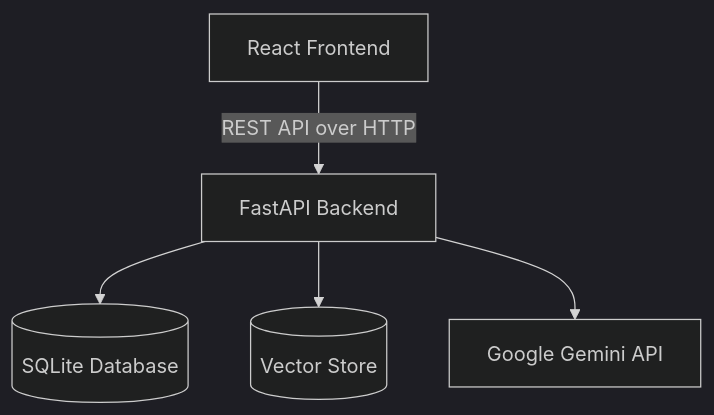
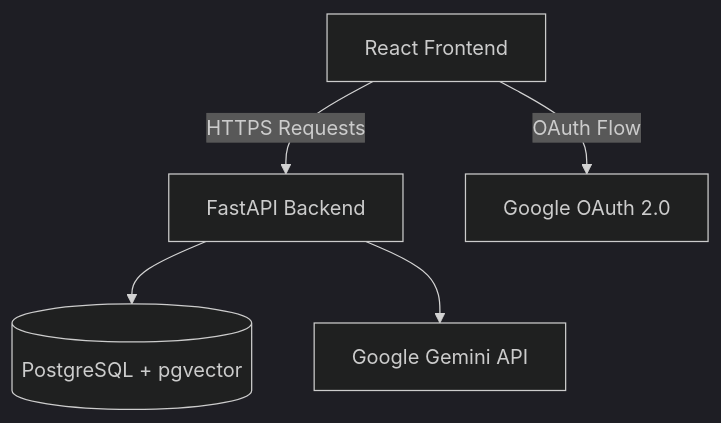
Before and after one commit to RohanKhedekar21/smart-doc-agent: the diagram in docs/ARCHITECTURE.md, drawn with Mermaid (dark theme). The commit also changed other lines of this file and 25 other files, not shown here.

````diff
--- a/docs/ARCHITECTURE.md
+++ b/docs/ARCHITECTURE.md
@@ -19,7 +19,7 @@
 ```mermaid
 graph TD
-    Client[React Frontend] -->|REST API over HTTP| API[FastAPI Backend]
-    API --> DB[(SQLite Database)]
-    API --> VS[(Vector Store)]
+    Client[React Frontend] -->|HTTPS Requests| API[FastAPI Backend]
+    API --> DB[(PostgreSQL + pgvector)]
     API --> LLM[Google Gemini API]
+    Client -->|OAuth Flow| GoogleAuth[Google OAuth 2.0]
 ```
````
